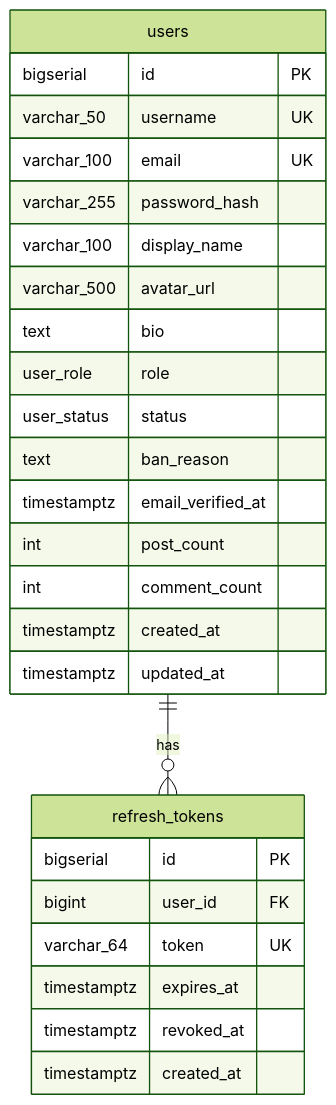
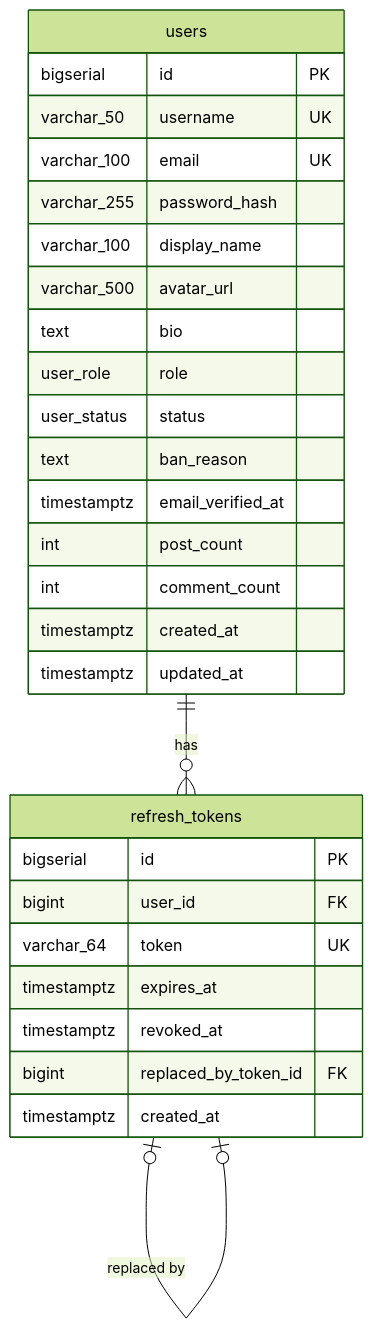
The diagram in docs/db-schema-auth.mmd (Project-Wdrozeniowy/Project-Wdrozeniowy), drawn with Mermaid (forest theme) before and after one commit. The commit also changed 21 other files, not shown here.

```diff
--- a/docs/db-schema-auth.mmd
+++ b/docs/db-schema-auth.mmd
@@ -1,29 +1,31 @@
 erDiagram
     users {
         bigserial id PK
         varchar_50 username UK
         varchar_100 email UK
         varchar_255 password_hash
         varchar_100 display_name
         varchar_500 avatar_url
         text bio
         user_role role
         user_status status
         text ban_reason
         timestamptz email_verified_at
         int post_count
         int comment_count
         timestamptz created_at
         timestamptz updated_at
     }
 
     refresh_tokens {
         bigserial id PK
         bigint user_id FK
         varchar_64 token UK
         timestamptz expires_at
         timestamptz revoked_at
+        bigint replaced_by_token_id FK
         timestamptz created_at
     }
 
     users ||--o{ refresh_tokens : "has"
+    refresh_tokens o|--o| refresh_tokens : "replaced by"
```
